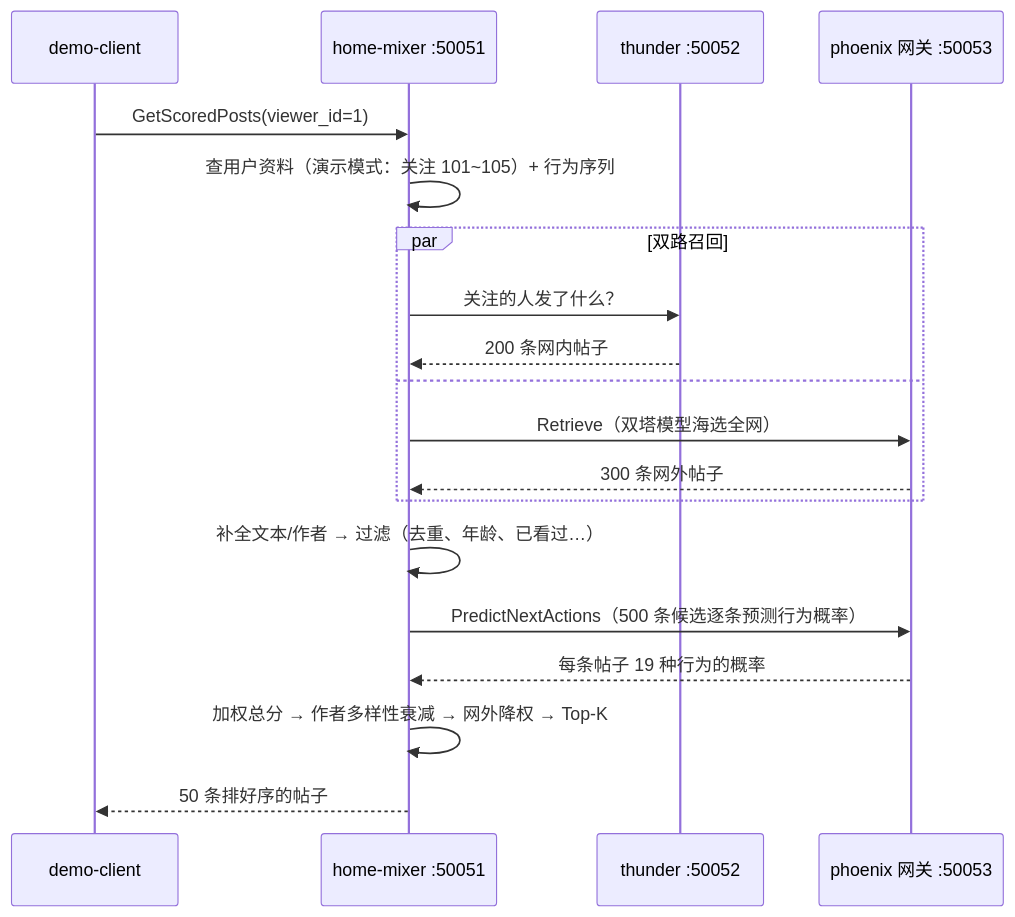
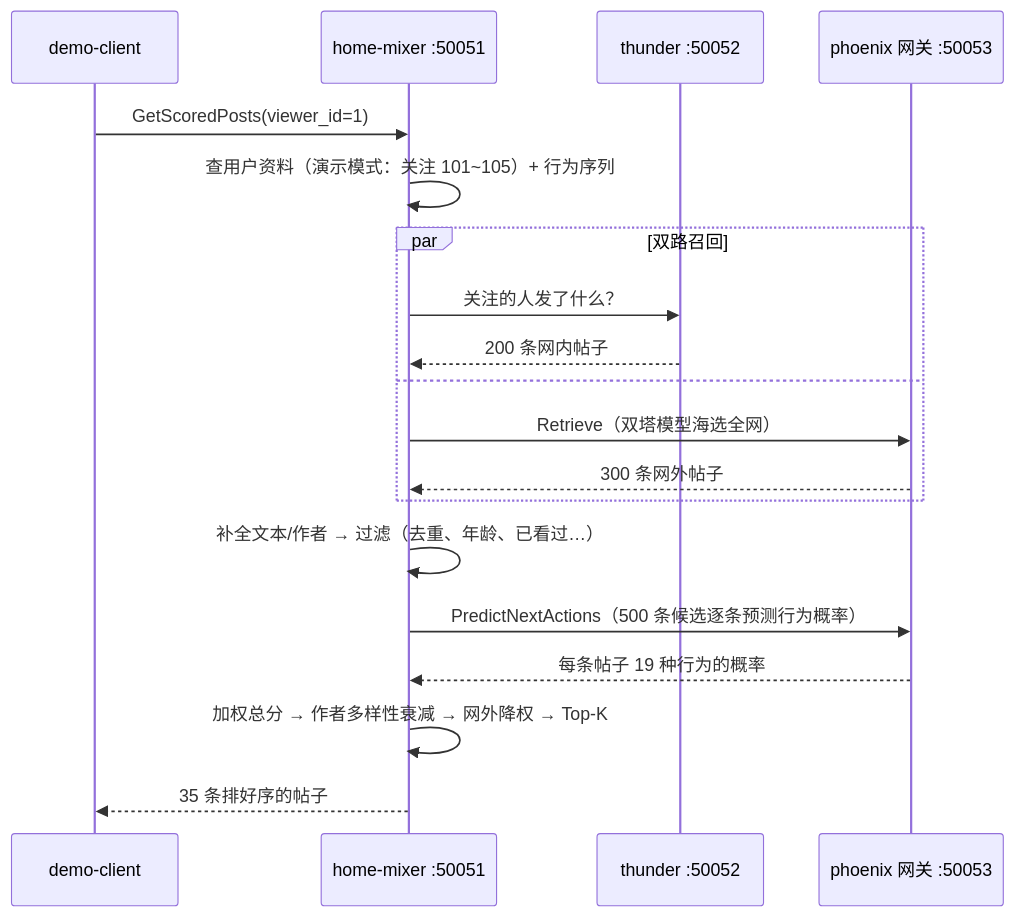
One commit to freefcw/x-algorithm changed the diagram in docs/getting-started/05-第四步-跑通完整推荐链路.md. Above: the diagram before and after it, drawn with Mermaid. The commit also changed other lines of this file and 12 other files, not shown here.

````diff
--- a/docs/getting-started/05-第四步-跑通完整推荐链路.md
+++ b/docs/getting-started/05-第四步-跑通完整推荐链路.md
@@ -43,21 +43,21 @@
 ```mermaid
 sequenceDiagram
     participant C as demo-client
     participant HM as home-mixer :50051
     participant T as thunder :50052
     participant P as phoenix 网关 :50053
     C->>HM: GetScoredPosts(viewer_id=1)
     HM->>HM: 查用户资料（演示模式：关注 101~105）+ 行为序列
     par 双路召回
         HM->>T: 关注的人发了什么？
         T-->>HM: 200 条网内帖子
     and
         HM->>P: Retrieve（双塔模型海选全网）
         P-->>HM: 300 条网外帖子
     end
     HM->>HM: 补全文本/作者 → 过滤（去重、年龄、已看过…）
     HM->>P: PredictNextActions（500 条候选逐条预测行为概率）
     P-->>HM: 每条帖子 19 种行为的概率
     HM->>HM: 加权总分 → 作者多样性衰减 → 网外降权 → Top-K
-    HM-->>C: 50 条排好序的帖子
+    HM-->>C: 35 条排好序的帖子
 ```
````
